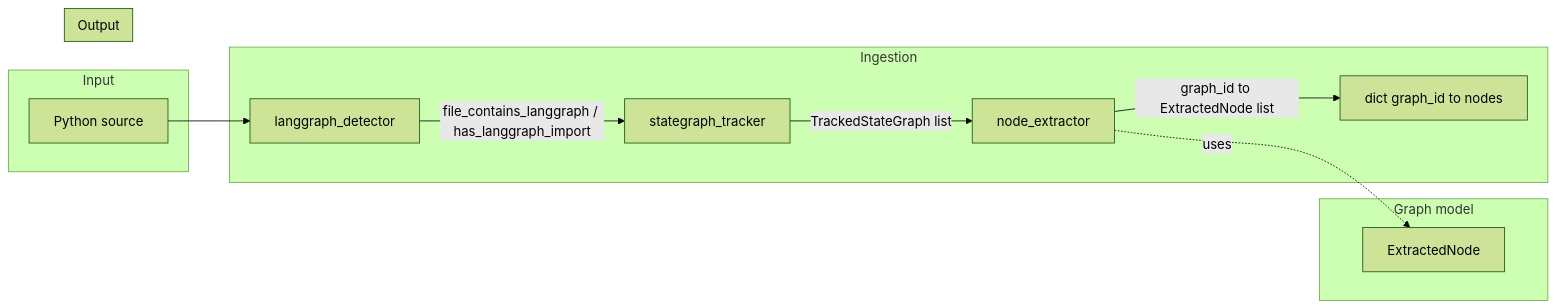
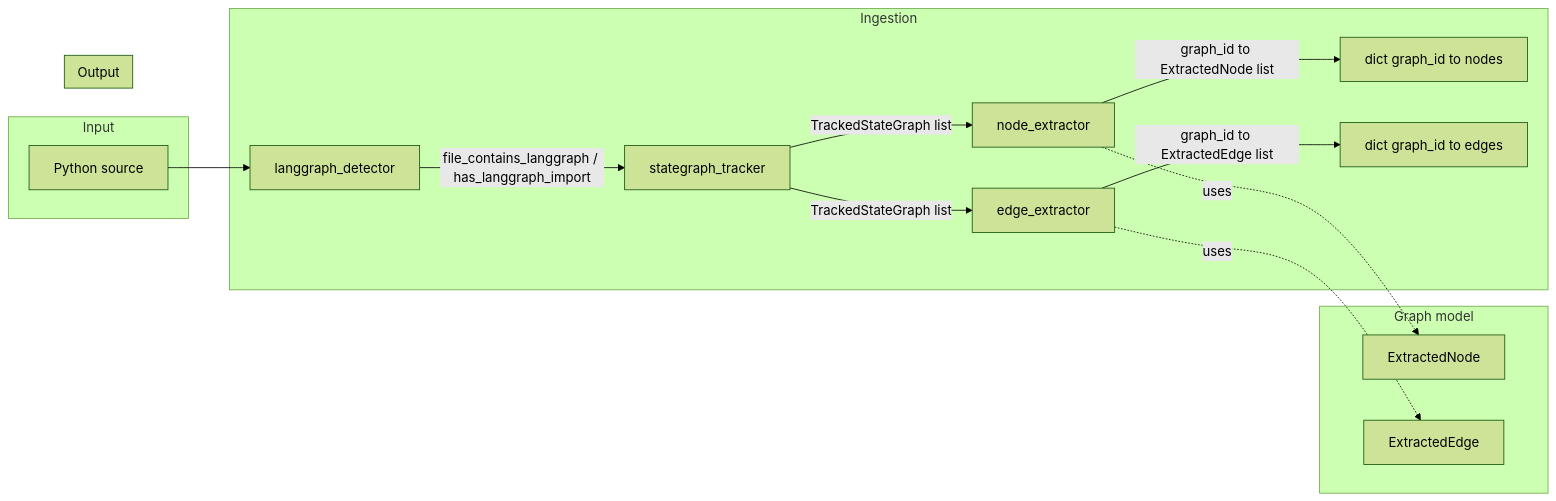
One commit to xZiro-Lab/Noctyl changed the first of 4 diagrams in docs/flow-diagrams.md. Above: the diagram before and after it, drawn with Mermaid (forest theme). The commit also changed other lines of this file and 7 other files, not shown here.

````diff
--- a/docs/flow-diagrams.md
+++ b/docs/flow-diagrams.md
@@ -13,22 +13,28 @@
 ```mermaid
 flowchart LR
   subgraph input [Input]
     Source[Python source]
   end
   subgraph ingestion [Ingestion]
     Detector[langgraph_detector]
     Tracker[stategraph_tracker]
-    Extractor[node_extractor]
+    NodeExt[node_extractor]
+    EdgeExt[edge_extractor]
     Source --> Detector
     Detector -->|file_contains_langgraph / has_langgraph_import| Tracker
-    Tracker -->|TrackedStateGraph list| Extractor
-    Extractor -->|graph_id to ExtractedNode list| Out
+    Tracker -->|TrackedStateGraph list| NodeExt
+    Tracker -->|TrackedStateGraph list| EdgeExt
+    NodeExt -->|graph_id to ExtractedNode list| OutNodes
+    EdgeExt -->|graph_id to ExtractedEdge list| OutEdges
   end
   subgraph graph [Graph model]
     EN[ExtractedNode]
+    EE[ExtractedEdge]
   end
-  Extractor -.->|uses| EN
+  NodeExt -.->|uses| EN
+  EdgeExt -.->|uses| EE
   subgraph output [Output]
-    Out[dict graph_id to nodes]
+    OutNodes[dict graph_id to nodes]
+    OutEdges[dict graph_id to edges]
   end
 ```
````
